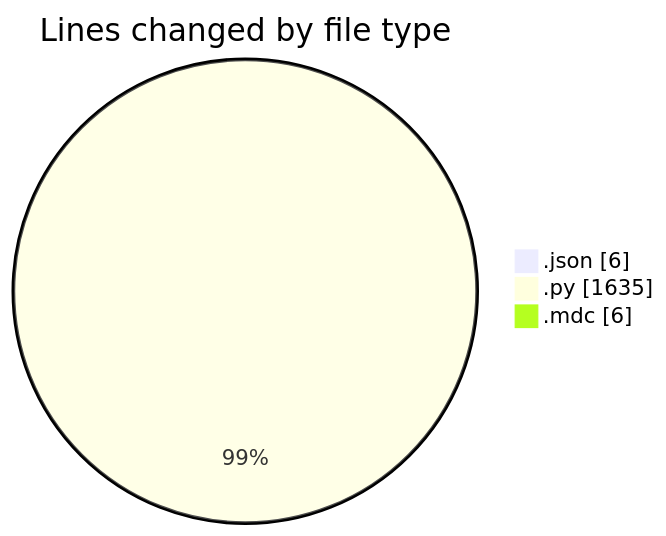
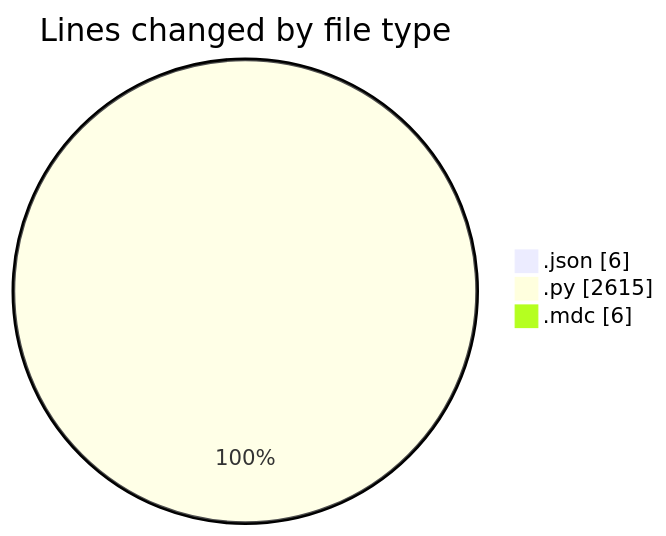
The first of 2 diagrams in 2025-07-16/telebot/README.md (jrari/code-tracking), drawn with Mermaid before and after one commit. The commit also changed other lines of this file and 1 other file, not shown here.

````diff
--- a/2025-07-16/telebot/README.md
+++ b/2025-07-16/telebot/README.md
@@ -23,7 +24,7 @@
 ```mermaid
 pie showData
 title Lines changed by file type
 ".json" : 6
-".py" : 1635
+".py" : 2615
 ".mdc" : 6
 ```
````
